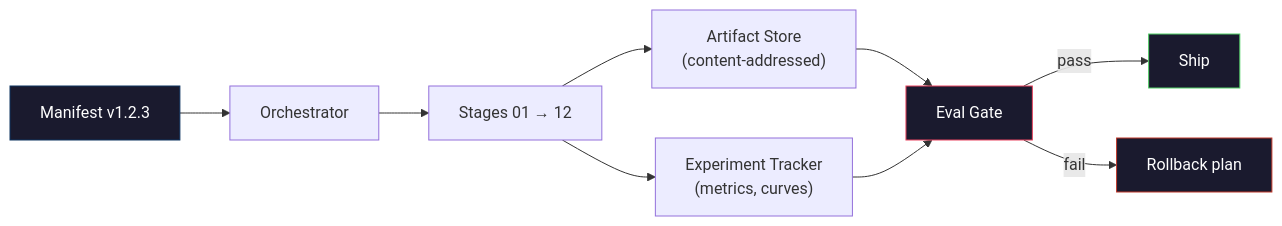
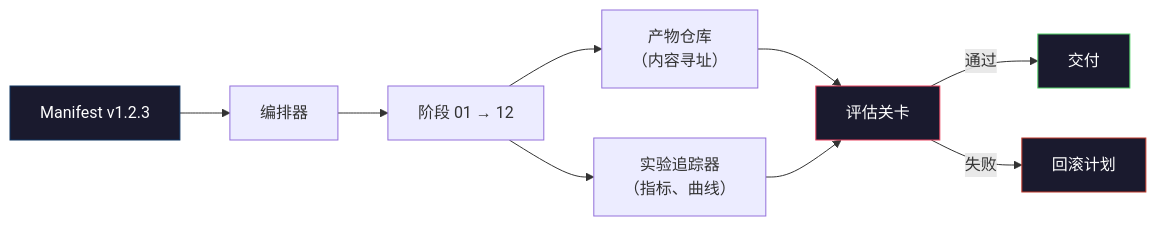
One commit to alessandrodinisio-ai/ai-engineering-learning-framework changed the second of 2 diagrams in phases/10-llms-from-scratch/13-building-complete-llm-pipeline/docs/zh.md. Above: the diagram before and after it, drawn with Mermaid. The commit also changed other lines of this file and 120 other files, not shown here.

First line of the commit message:
i18n(mermaid): 337 个 mermaid 图表标签中文化

````diff
--- a/phases/10-llms-from-scratch/13-building-complete-llm-pipeline/docs/zh.md
+++ b/phases/10-llms-from-scratch/13-building-complete-llm-pipeline/docs/zh.md
@@ -155,16 +155,16 @@
 ```mermaid
 graph LR
-    M["Manifest v1.2.3"] --> O["Orchestrator"]
-    O --> S["Stages 01 → 12"]
-    S --> AS["Artifact Store\n(content-addressed)"]
-    S --> ET["Experiment Tracker\n(metrics, curves)"]
-    AS --> GATE["Eval Gate"]
+    M["Manifest v1.2.3"] --> O["编排器"]
+    O --> S["阶段 01 → 12"]
+    S --> AS["产物仓库\n（内容寻址）"]
+    S --> ET["实验追踪器\n（指标、曲线）"]
+    AS --> GATE["评估关卡"]
     ET --> GATE
-    GATE -->|pass| SHIP["Ship"]
-    GATE -->|fail| ROLL["Rollback plan"]
+    GATE -->|通过| SHIP["交付"]
+    GATE -->|失败| ROLL["回滚计划"]
 
     style M fill:#1a1a2e,stroke:#0f3460,color:#fff
     style GATE fill:#1a1a2e,stroke:#e94560,color:#fff
     style SHIP fill:#1a1a2e,stroke:#51cf66,color:#fff
     style ROLL fill:#1a1a2e,stroke:#c0392b,color:#fff
 ```
````
